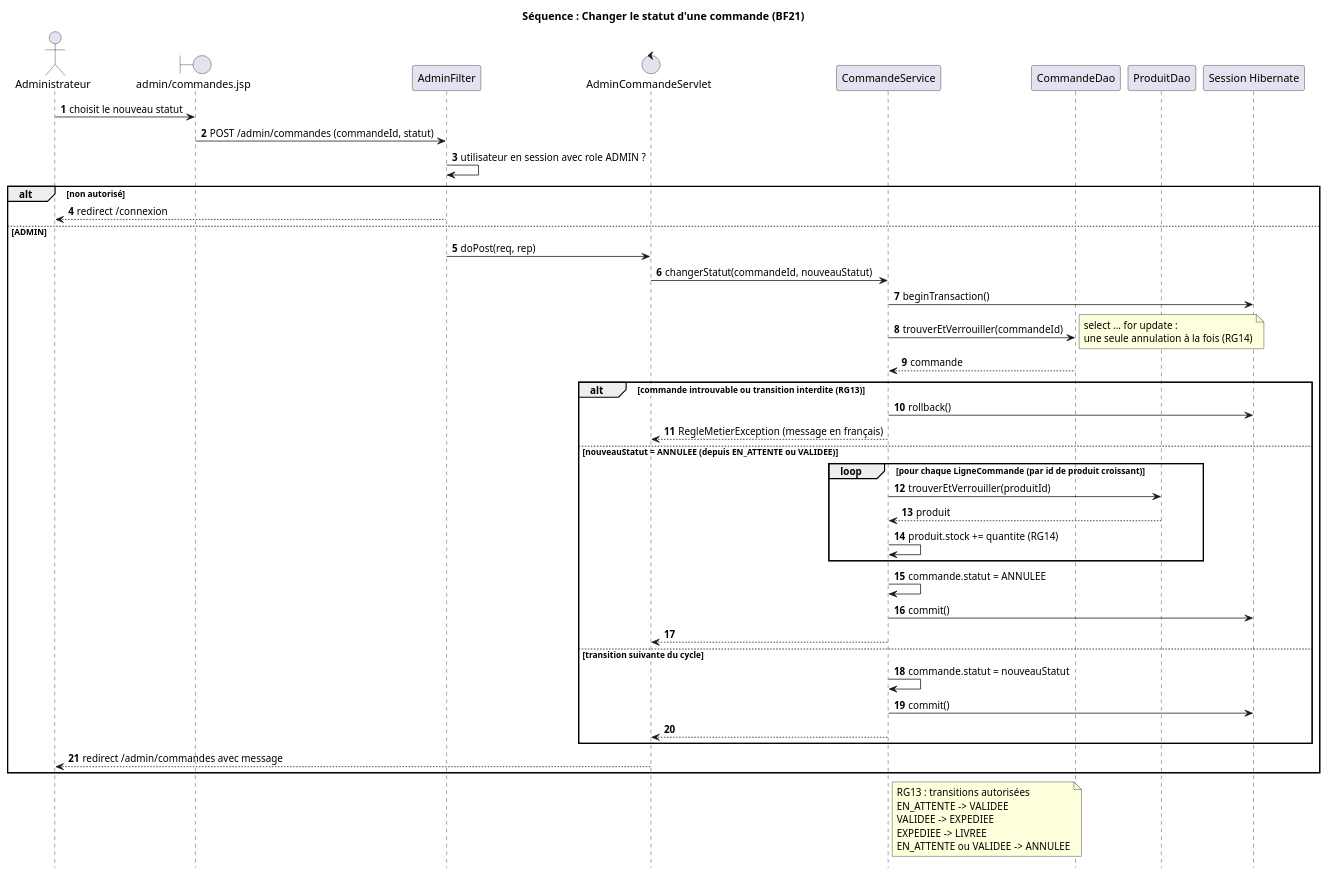
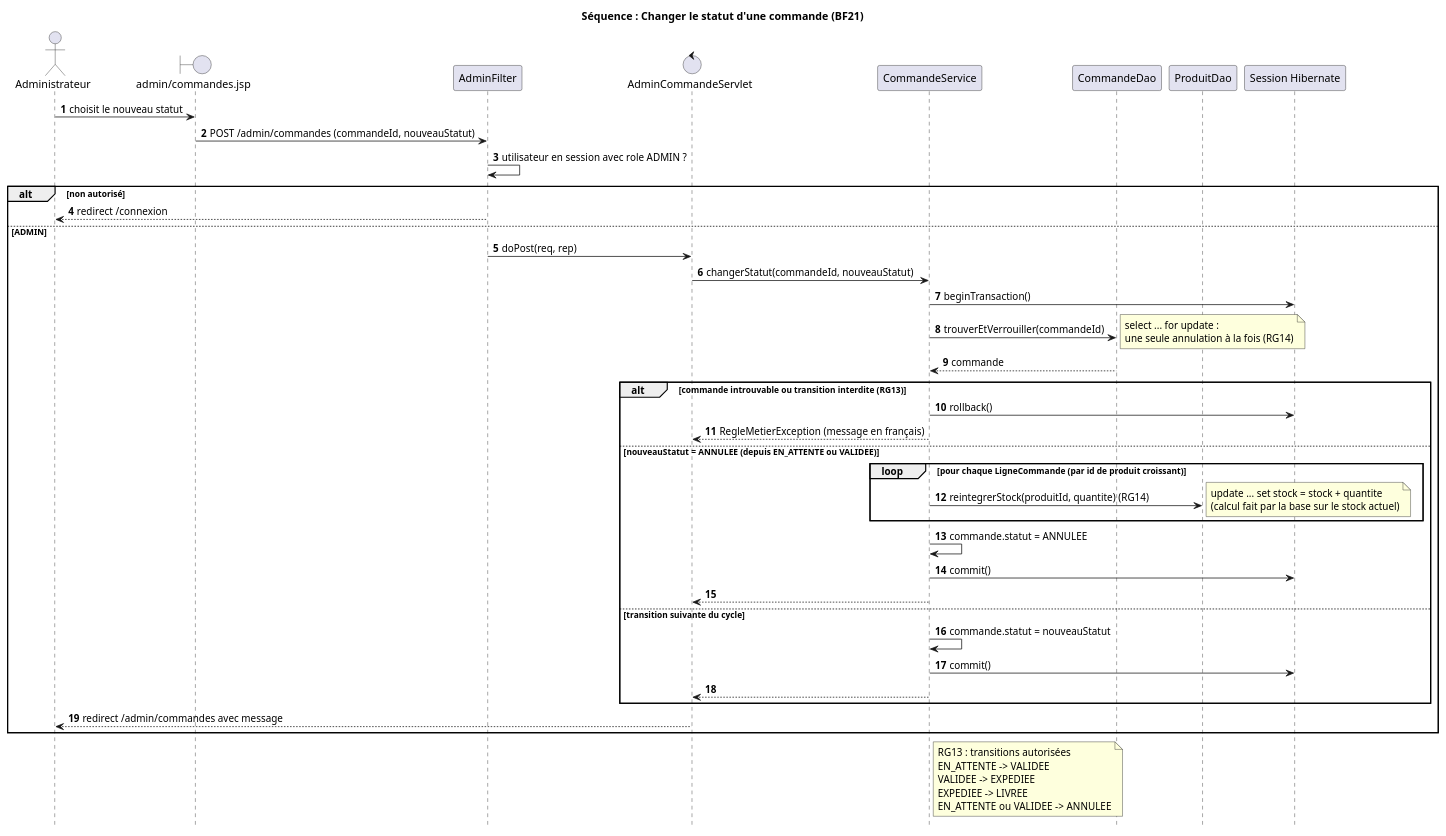
One commit to unk-user/Boutique-JEE changed the diagram in docs/uml/sequence-changer-statut.puml. Above: the diagram before and after it, drawn with PlantUML. The commit also changed 3 other files, not shown here.

Commit message:
docs: réintégration du stock dans la séquence de changement de statut

```diff
--- a/docs/uml/sequence-changer-statut.puml
+++ b/docs/uml/sequence-changer-statut.puml
@@ -1,56 +1,55 @@
 @startuml sequence-changer-statut
 title Séquence : Changer le statut d'une commande (BF21)
 autonumber
 hide footbox
 
 actor Administrateur as Admin
 boundary "admin/commandes.jsp" as Vue
 participant AdminFilter
 control AdminCommandeServlet
 participant CommandeService
 participant CommandeDao
 participant ProduitDao
 participant "Session Hibernate" as Session
 
 Admin -> Vue : choisit le nouveau statut
-Vue -> AdminFilter : POST /admin/commandes (commandeId, statut)
+Vue -> AdminFilter : POST /admin/commandes (commandeId, nouveauStatut)
 AdminFilter -> AdminFilter : utilisateur en session avec role ADMIN ?
 alt non autorisé
   AdminFilter --> Admin : redirect /connexion
 else ADMIN
   AdminFilter -> AdminCommandeServlet : doPost(req, rep)
   AdminCommandeServlet -> CommandeService : changerStatut(commandeId, nouveauStatut)
   CommandeService -> Session : beginTransaction()
   CommandeService -> CommandeDao : trouverEtVerrouiller(commandeId)
   note right : select ... for update :\nune seule annulation à la fois (RG14)
   CommandeDao --> CommandeService : commande
 
   alt commande introuvable ou transition interdite (RG13)
     CommandeService -> Session : rollback()
     CommandeService --> AdminCommandeServlet : RegleMetierException (message en français)
   else nouveauStatut = ANNULEE (depuis EN_ATTENTE ou VALIDEE)
     loop pour chaque LigneCommande (par id de produit croissant)
-      CommandeService -> ProduitDao : trouverEtVerrouiller(produitId)
-      ProduitDao --> CommandeService : produit
-      CommandeService -> CommandeService : produit.stock += quantite (RG14)
+      CommandeService -> ProduitDao : reintegrerStock(produitId, quantite) (RG14)
+      note right : update ... set stock = stock + quantite\n(calcul fait par la base sur le stock actuel)
     end
     CommandeService -> CommandeService : commande.statut = ANNULEE
     CommandeService -> Session : commit()
     CommandeService --> AdminCommandeServlet
   else transition suivante du cycle
     CommandeService -> CommandeService : commande.statut = nouveauStatut
     CommandeService -> Session : commit()
     CommandeService --> AdminCommandeServlet
   end
 
   AdminCommandeServlet --> Admin : redirect /admin/commandes avec message
 end
 
 note right of CommandeService
   RG13 : transitions autorisées
   EN_ATTENTE -> VALIDEE
   VALIDEE -> EXPEDIEE
   EXPEDIEE -> LIVREE
   EN_ATTENTE ou VALIDEE -> ANNULEE
 end note
 @enduml
```
